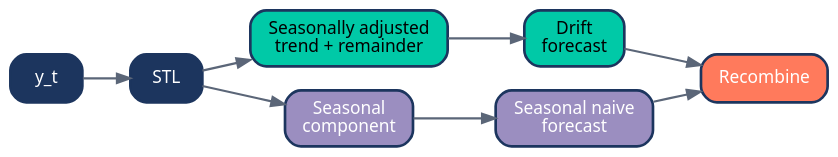
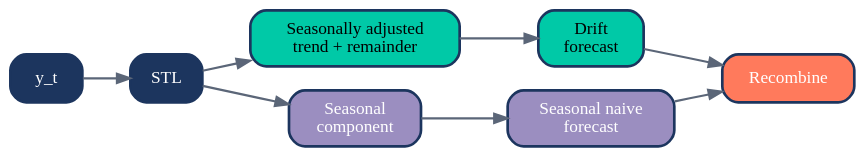
The diagram in slides/03_benchmarks_residuals_and_intervals.qmd (NaifMersal/time-series-analysis-and-forecasting), drawn with Graphviz before and after one commit. The commit also changed other lines of this file and 16 other files, not shown here.

````diff
--- a/slides/03_benchmarks_residuals_and_intervals.qmd
+++ b/slides/03_benchmarks_residuals_and_intervals.qmd
@@ -242,24 +243,24 @@
 ```{dot}
-//| fig-width: 11
+//| fig-width: 9
 digraph G {
     bgcolor="transparent";
     rankdir=LR;
     ranksep=0.5; nodesep=0.25;
-    node [shape=box style="rounded,filled" fontname="Noto Sans" fontsize=13
+    node [shape=box style="rounded,filled" fontsize=13
           color="#1C355E" penwidth=2 margin="0.18,0.10"];
-    edge [fontname="Noto Sans" fontsize=11 color="#5b6678" penwidth=1.6];
+    edge [fontsize=11 color="#5b6678" penwidth=1.6];
 
     Y  [label="y_t" fillcolor="#1C355E" fontcolor="white"];
     S  [label="STL" fillcolor="#1C355E" fontcolor="white"];
     A  [label="Seasonally adjusted\ntrend + remainder" fillcolor="#00C9A7"];
     N  [label="Seasonal\ncomponent" fillcolor="#9B8EC0" fontcolor="white"];
     FA [label="Drift\nforecast" fillcolor="#00C9A7"];
     FN [label="Seasonal naive\nforecast" fillcolor="#9B8EC0" fontcolor="white"];
     R  [label="Recombine" fillcolor="#FF7A5C" fontcolor="white"];
 
     Y -> S;
     S -> A; S -> N;
     A -> FA; N -> FN;
     FA -> R; FN -> R;
 }
 ```
````
